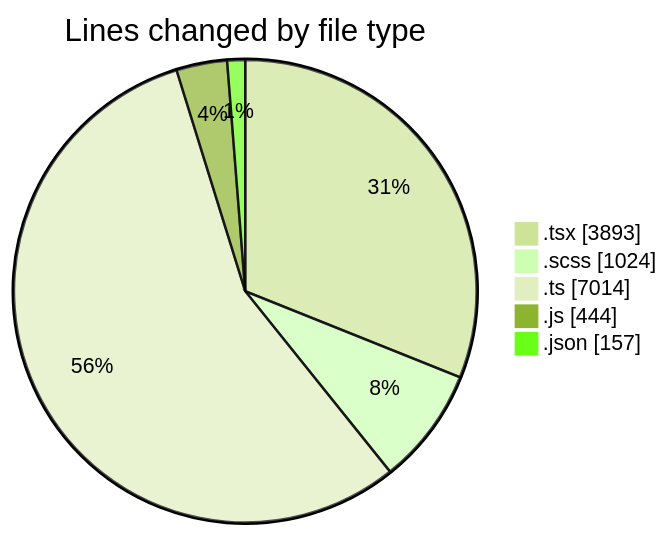
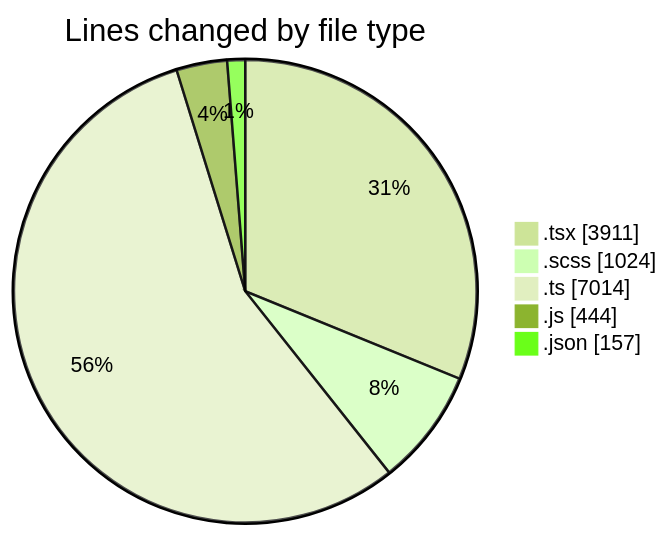
Before and after one commit to momahboobian/code-tracking: the first of 2 diagrams in 2026-04-23/cda/README.md, drawn with Mermaid (forest theme). The commit also changed other lines of this file and 1 other file, not shown here.

````diff
--- a/2026-04-23/cda/README.md
+++ b/2026-04-23/cda/README.md
@@ -43,9 +43,9 @@
 ```mermaid
 pie showData
 title Lines changed by file type
-".tsx" : 3893
+".tsx" : 3911
 ".scss" : 1024
 ".ts" : 7014
 ".js" : 444
 ".json" : 157
 ```
````
